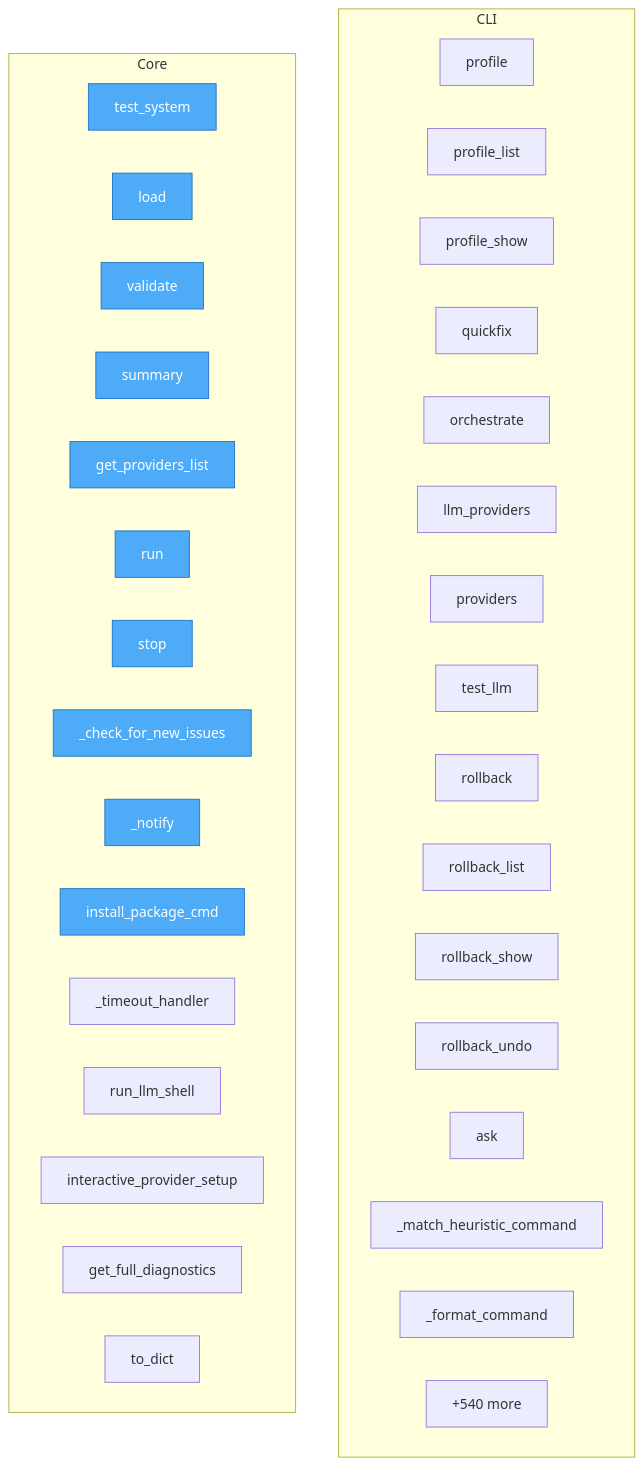
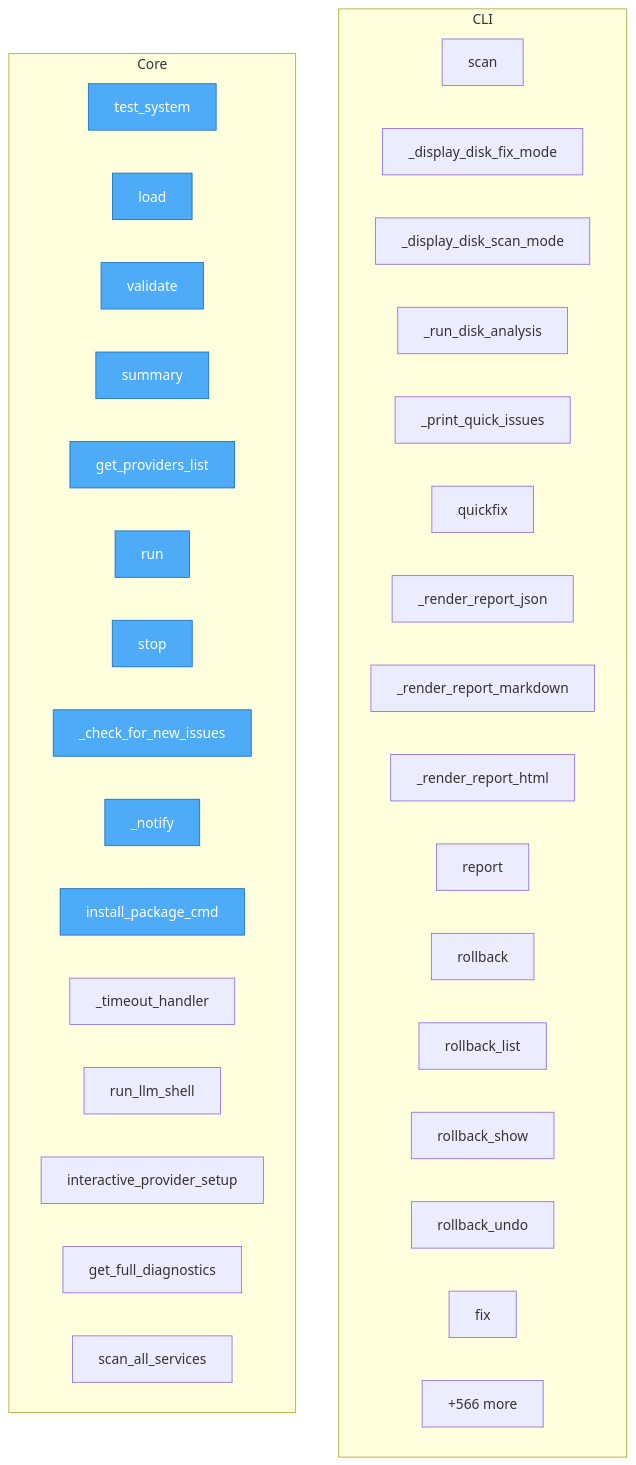
The diagram in project/flow.mmd (wronai/fixos), drawn with Mermaid before and after one commit. The commit also changed 34 other files, not shown here.

```diff
--- a/project/flow.mmd
+++ b/project/flow.mmd
@@ -1,44 +1,44 @@
 flowchart TD
 
     %% Entry points (blue)
     classDef entry fill:#4dabf7,stroke:#1971c2,color:#fff
 
     subgraph CLI
-        fixos__cli__profile_cmd__profile["profile"]
-        fixos__cli__profile_cmd__profile_list["profile_list"]
-        fixos__cli__profile_cmd__profile_show["profile_show"]
+        fixos__cli__scan_cmd__scan["scan"]
+        fixos__cli__scan_cmd___display_disk_fix_mode["_display_disk_fix_mode"]
+        fixos__cli__scan_cmd___display_disk_scan_mode["_display_disk_scan_mode"]
+        fixos__cli__scan_cmd___run_disk_analysis["_run_disk_analysis"]
+        fixos__cli__scan_cmd___print_quick_issues["_print_quick_issues"]
         fixos__cli__quickfix_cmd__quickfix["quickfix"]
-        fixos__cli__orchestrate_cmd__orchestrate["orchestrate"]
-        fixos__cli__provider_cmd__llm_providers["llm_providers"]
-        fixos__cli__provider_cmd__providers["providers"]
-        fixos__cli__provider_cmd__test_llm["test_llm"]
+        fixos__cli__report_cmd___render_report_json["_render_report_json"]
+        fixos__cli__report_cmd___render_report_markdown["_render_report_markdown"]
+        fixos__cli__report_cmd___render_report_html["_render_report_html"]
+        fixos__cli__report_cmd__report["report"]
         fixos__cli__rollback_cmd__rollback["rollback"]
         fixos__cli__rollback_cmd__rollback_list["rollback_list"]
         fixos__cli__rollback_cmd__rollback_show["rollback_show"]
         fixos__cli__rollback_cmd__rollback_undo["rollback_undo"]
-        fixos__cli__ask_cmd__ask["ask"]
-        fixos__cli__ask_cmd___match_heuristic_command["_match_heuristic_command"]
-        fixos__cli__ask_cmd___format_command["_format_command"]
+        fixos__cli__fix_cmd__fix["fix"]
         ...["+66 more"]
     end
 
     subgraph Core
         docker__test_multi_system__test_system["test_system"]
         fixos__config__FixOsConfig__load["load"]
         fixos__config__FixOsConfig__validate["validate"]
         fixos__config__FixOsConfig__summary["summary"]
         fixos__config__get_providers_list["get_providers_list"]
         fixos__watch__WatchDaemon__run["run"]
         fixos__watch__WatchDaemon__stop["stop"]
         fixos__watch__WatchDaemon___check_for_new_issues["_check_for_new_issues"]
         fixos__watch__WatchDaemon___notify["_notify"]
         fixos__platform_utils__install_package_cmd["install_package_cmd"]
         fixos__llm_shell___timeout_handler["_timeout_handler"]
         fixos__llm_shell__run_llm_shell["run_llm_shell"]
         fixos__config_interactive__interactive_provider_setup["interactive_provider_setup"]
         fixos__diagnostics__system_checks__get_full_diagnostics["get_full_diagnostics"]
-        fixos__diagnostics__flatpak_analyzer__FlatpakItemInfo__to_dict["to_dict"]
-        ...["+540 more"]
+        fixos__diagnostics__service_scanner__ServiceDataScanner__scan_all_services["scan_all_services"]
+        ...["+566 more"]
     end
 
     class docker__test_multi_system__test_system,fixos__config__FixOsConfig__load,fixos__config__FixOsConfig__validate,fixos__config__FixOsConfig__summary,fixos__config__get_providers_list,fixos__watch__WatchDaemon__run,fixos__watch__WatchDaemon__stop,fixos__watch__WatchDaemon___check_for_new_issues,fixos__watch__WatchDaemon___notify,fixos__platform_utils__install_package_cmd entry
```
